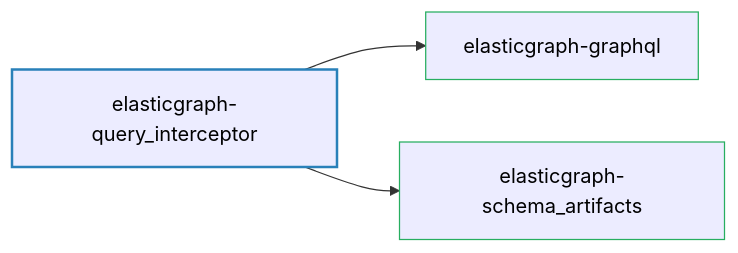
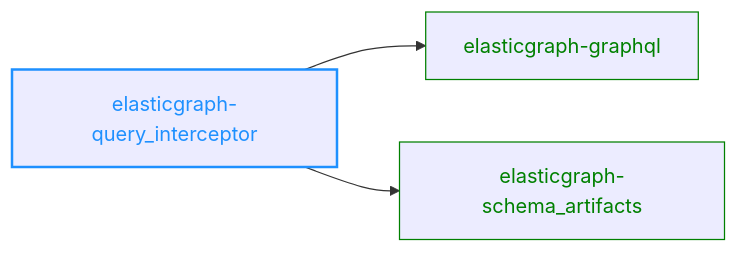
Before and after one commit to block/elasticgraph: the diagram in elasticgraph-query_interceptor/README.md, drawn with Mermaid. The commit also changed 23 other files, not shown here.

````diff
--- a/elasticgraph-query_interceptor/README.md
+++ b/elasticgraph-query_interceptor/README.md
@@ -9,11 +9,11 @@
 ```mermaid
 graph LR;
     elasticgraph-query_interceptor["elasticgraph-query_interceptor"];
     elasticgraph-graphql["elasticgraph-graphql"];
     elasticgraph-query_interceptor --> elasticgraph-graphql;
     elasticgraph-schema_artifacts["elasticgraph-schema_artifacts"];
     elasticgraph-query_interceptor --> elasticgraph-schema_artifacts;
-    style elasticgraph-query_interceptor fill:#lightblue,stroke:#2980b9,stroke-width:2px,color:#000;
-    style elasticgraph-graphql fill:#lightgreen,stroke:#27ae60,stroke-width:1px,color:#000;
-    style elasticgraph-schema_artifacts fill:#lightgreen,stroke:#27ae60,stroke-width:1px,color:#000;
+    style elasticgraph-query_interceptor color:DodgerBlue,stroke-width:2px,stroke:DodgerBlue;
+    style elasticgraph-graphql color:Green,stroke:Green;
+    style elasticgraph-schema_artifacts color:Green,stroke:Green;
 ```
````
